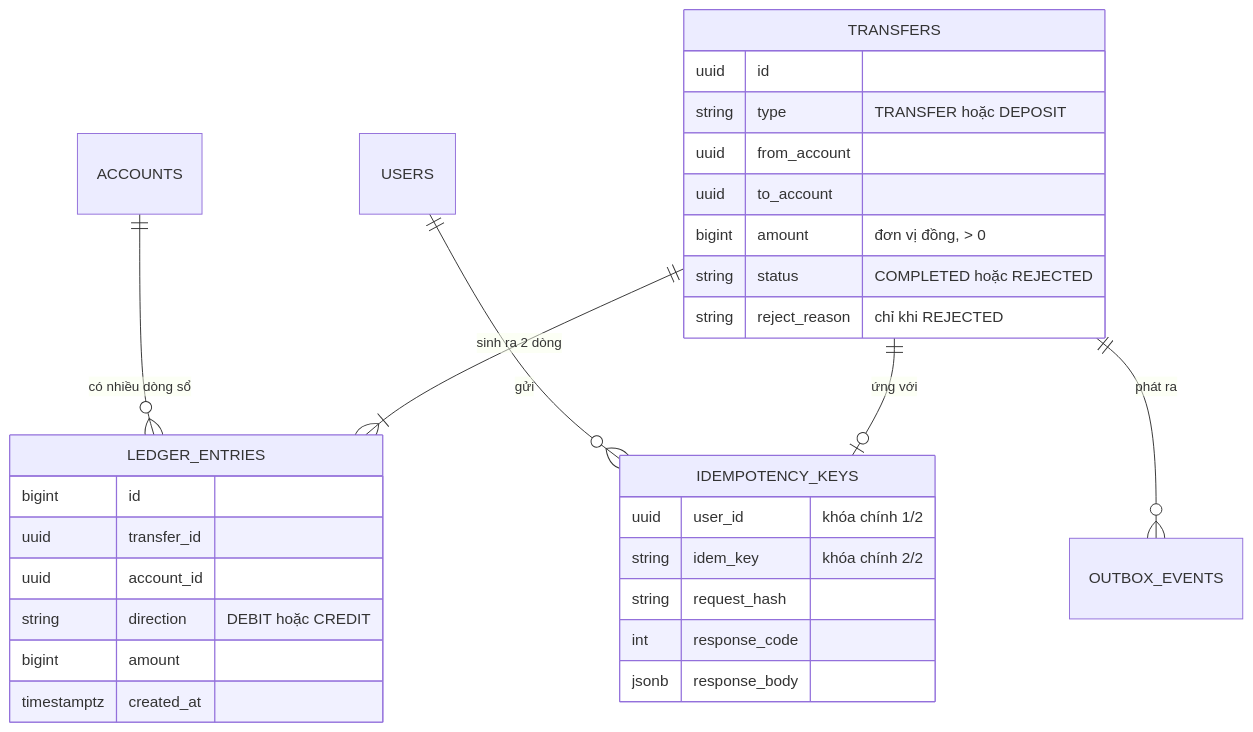
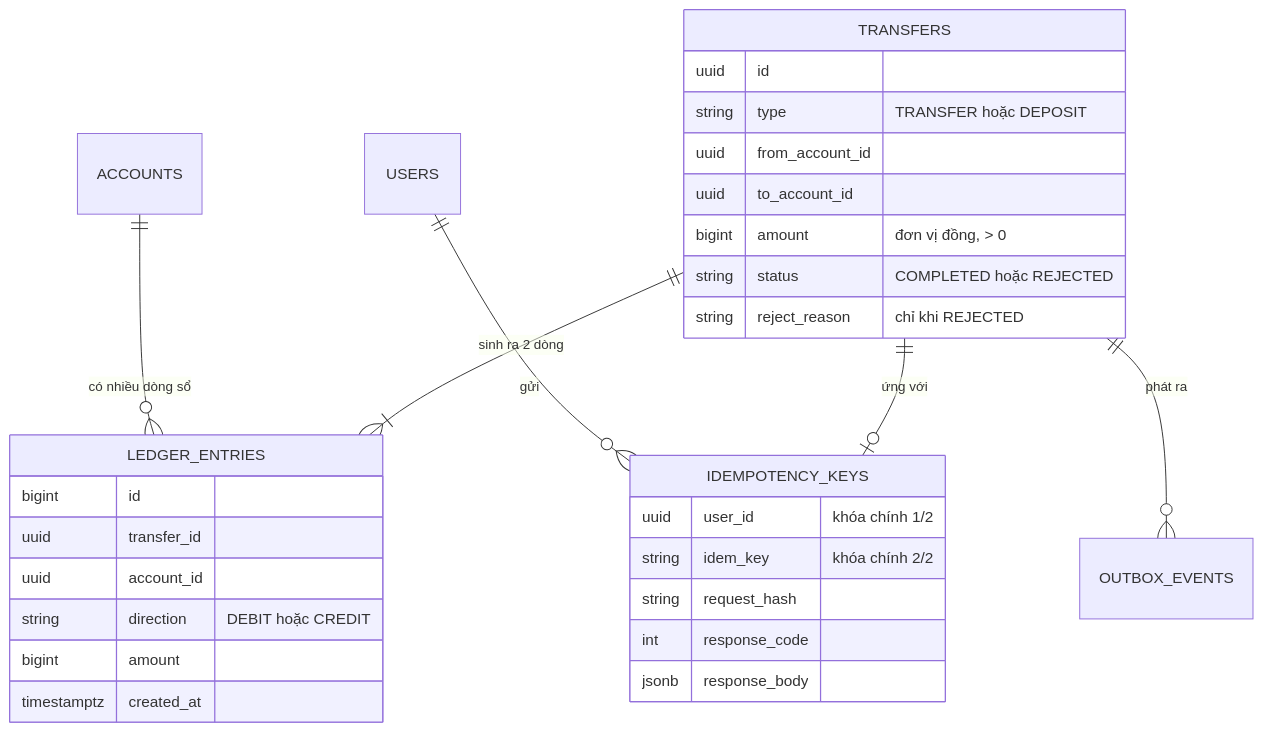
Before and after one commit to Lawliet119/digital-banking-simulator: the second of 7 diagrams in docs/components/ledger/01-concept-brief.md, drawn with Mermaid. The commit also changed other lines of this file and 21 other files, not shown here.

````diff
--- a/docs/components/ledger/01-concept-brief.md
+++ b/docs/components/ledger/01-concept-brief.md
@@ -71,33 +71,33 @@
 ```mermaid
 erDiagram
     ACCOUNTS ||--o{ LEDGER_ENTRIES : "có nhiều dòng sổ"
     TRANSFERS ||--|{ LEDGER_ENTRIES : "sinh ra 2 dòng"
     USERS ||--o{ IDEMPOTENCY_KEYS : "gửi"
     TRANSFERS ||--o| IDEMPOTENCY_KEYS : "ứng với"
     TRANSFERS ||--o{ OUTBOX_EVENTS : "phát ra"
 
     TRANSFERS {
         uuid id
         string type "TRANSFER hoặc DEPOSIT"
-        uuid from_account
-        uuid to_account
+        uuid from_account_id
+        uuid to_account_id
         bigint amount "đơn vị đồng, > 0"
         string status "COMPLETED hoặc REJECTED"
         string reject_reason "chỉ khi REJECTED"
     }
     LEDGER_ENTRIES {
         bigint id
         uuid transfer_id
         uuid account_id
         string direction "DEBIT hoặc CREDIT"
         bigint amount
         timestamptz created_at
     }
     IDEMPOTENCY_KEYS {
         uuid user_id "khóa chính 1/2"
         string idem_key "khóa chính 2/2"
         string request_hash
         int response_code
         jsonb response_body
     }
 ```
````
